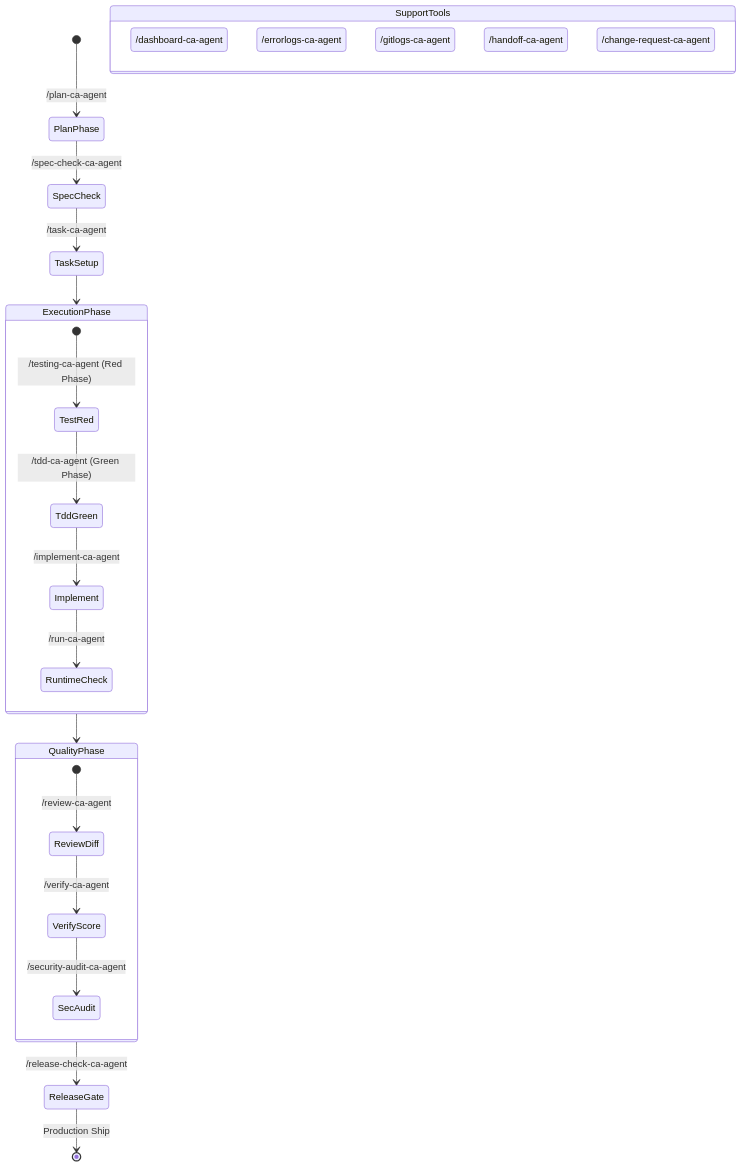
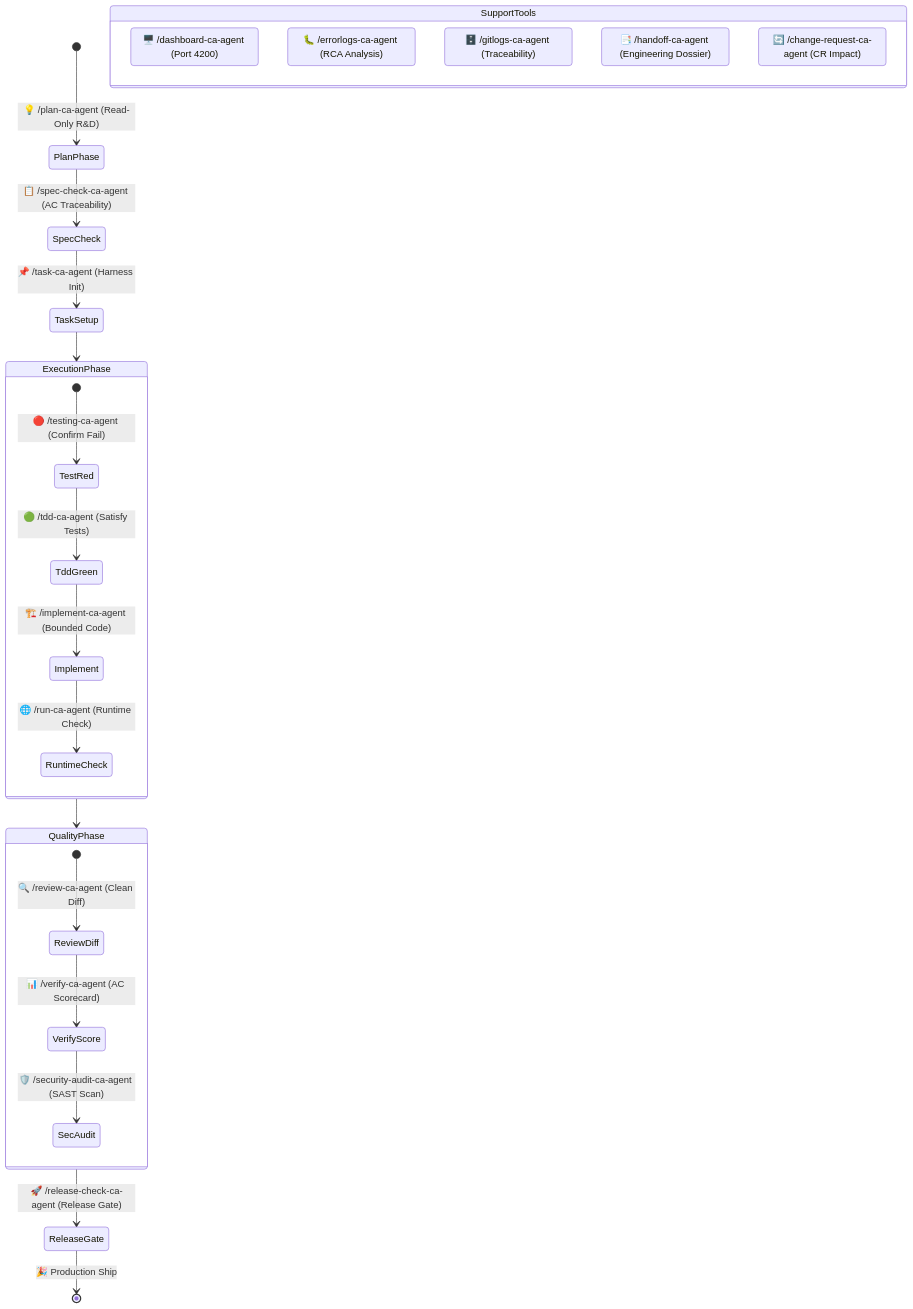
One commit to rmsofficialsyt/Agentic-AI-Vibe-Coding-AND-SDD-TDD-Codebase-Chandan-Adhikary changed the first of 2 diagrams in SDD-TDD-Chandan-Adhikary/Spec-Driven-Development/.agents/commands/README.md. Above: the diagram before and after it, drawn with Mermaid. The commit also changed other lines of this file and 23 other files, not shown here.

Commit message:
docs: redesign diagrams to Eraser.io visual style and regenerate MANIFEST.json

````diff
--- a/SDD-TDD-Chandan-Adhikary/Spec-Driven-Development/.agents/commands/README.md
+++ b/SDD-TDD-Chandan-Adhikary/Spec-Driven-Development/.agents/commands/README.md
@@ -32,33 +32,33 @@
 ```mermaid
 stateDiagram-v2
-    [*] --> PlanPhase: /plan-ca-agent
-    PlanPhase --> SpecCheck: /spec-check-ca-agent
-    SpecCheck --> TaskSetup: /task-ca-agent
+    [*] --> PlanPhase: 💡 /plan-ca-agent (Read-Only R&D)
+    PlanPhase --> SpecCheck: 📋 /spec-check-ca-agent (AC Traceability)
+    SpecCheck --> TaskSetup: 📌 /task-ca-agent (Harness Init)
     
     state ExecutionPhase {
-        [*] --> TestRed: /testing-ca-agent (Red Phase)
-        TestRed --> TddGreen: /tdd-ca-agent (Green Phase)
-        TddGreen --> Implement: /implement-ca-agent
-        Implement --> RuntimeCheck: /run-ca-agent
+        [*] --> TestRed: 🔴 /testing-ca-agent (Confirm Fail)
+        TestRed --> TddGreen: 🟢 /tdd-ca-agent (Satisfy Tests)
+        TddGreen --> Implement: 🏗️ /implement-ca-agent (Bounded Code)
+        Implement --> RuntimeCheck: 🌐 /run-ca-agent (Runtime Check)
     }
 
     TaskSetup --> ExecutionPhase
 
     state QualityPhase {
-        [*] --> ReviewDiff: /review-ca-agent
-        ReviewDiff --> VerifyScore: /verify-ca-agent
-        VerifyScore --> SecAudit: /security-audit-ca-agent
+        [*] --> ReviewDiff: 🔍 /review-ca-agent (Clean Diff)
+        ReviewDiff --> VerifyScore: 📊 /verify-ca-agent (AC Scorecard)
+        VerifyScore --> SecAudit: 🛡️ /security-audit-ca-agent (SAST Scan)
     }
 
     ExecutionPhase --> QualityPhase
-    QualityPhase --> ReleaseGate: /release-check-ca-agent
-    ReleaseGate --> [*]: Production Ship
+    QualityPhase --> ReleaseGate: 🚀 /release-check-ca-agent (Release Gate)
+    ReleaseGate --> [*]: 🎉 Production Ship
 
     state SupportTools {
-        Dashboard: /dashboard-ca-agent
-        ErrorTriage: /errorlogs-ca-agent
-        GitAudit: /gitlogs-ca-agent
-        HandoffDossier: /handoff-ca-agent
-        ChangeImpact: /change-request-ca-agent
+        Dashboard: 🖥️ /dashboard-ca-agent (Port 4200)
+        ErrorTriage: 🐛 /errorlogs-ca-agent (RCA Analysis)
+        GitAudit: 🗄️ /gitlogs-ca-agent (Traceability)
+        HandoffDossier: 📑 /handoff-ca-agent (Engineering Dossier)
+        ChangeImpact: 🔄 /change-request-ca-agent (CR Impact)
     }
 ```
````
